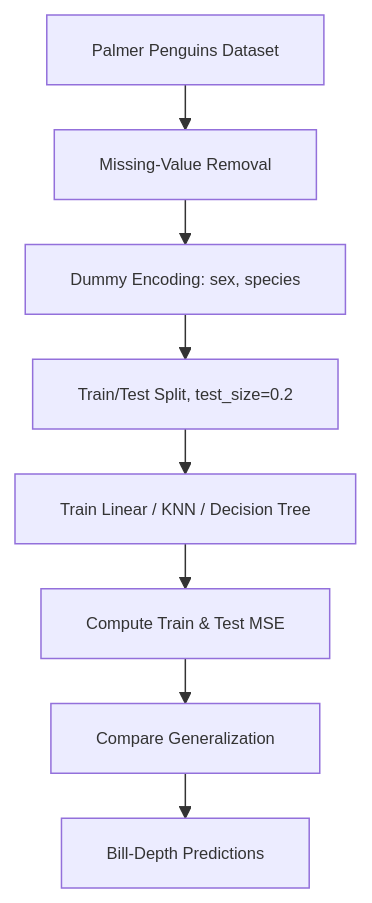
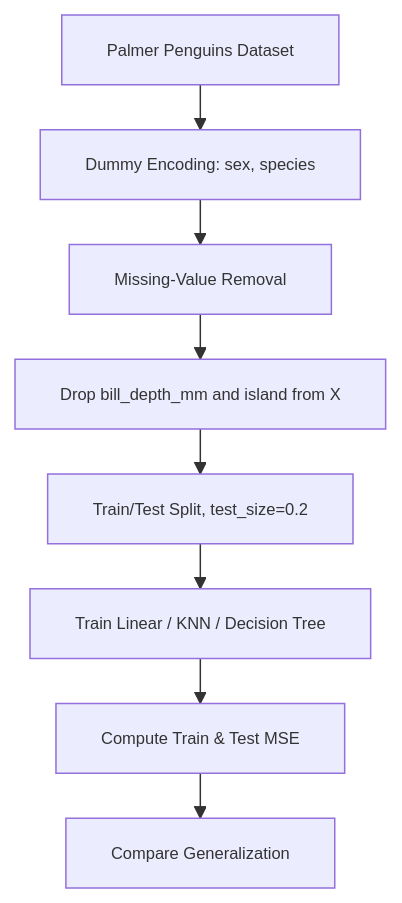
The first of 2 diagrams in README.md (PranikaC/Penguin-Species-Classification-Models), drawn with Mermaid before and after one commit.

````diff
--- a/README.md
+++ b/README.md
@@ -28,11 +28,11 @@
 ```mermaid
 %%{init: {"theme": "default", "themeVariables": {"fontSize": "11px"}, "flowchart": {"nodeSpacing": 25, "rankSpacing": 30}}}%%
 flowchart TD
-    A[Palmer Penguins Dataset] --> B[Missing-Value Removal]
-    B --> C[Dummy Encoding: sex, species]
-    C --> D[Train/Test Split, test_size=0.2]
-    D --> E[Train Linear / KNN / Decision Tree]
-    E --> F[Compute Train & Test MSE]
-    F --> G[Compare Generalization]
-    G --> H[Bill-Depth Predictions]
+    A[Palmer Penguins Dataset] --> B[Dummy Encoding: sex, species]
+    B --> C[Missing-Value Removal]
+    C --> D[Drop bill_depth_mm and island from X]
+    D --> E[Train/Test Split, test_size=0.2]
+    E --> F[Train Linear / KNN / Decision Tree]
+    F --> G[Compute Train & Test MSE]
+    G --> H[Compare Generalization]
 ```
````
